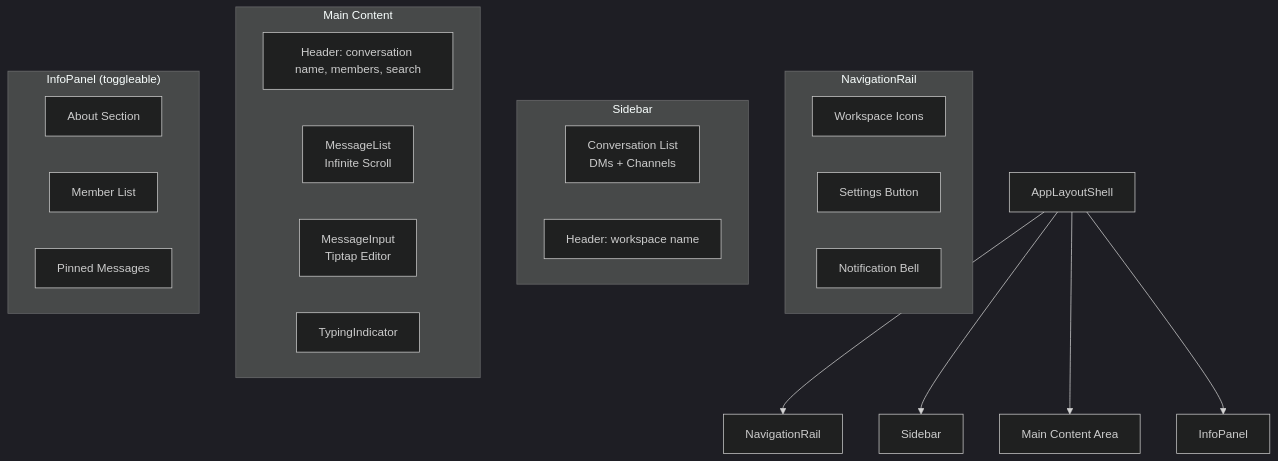
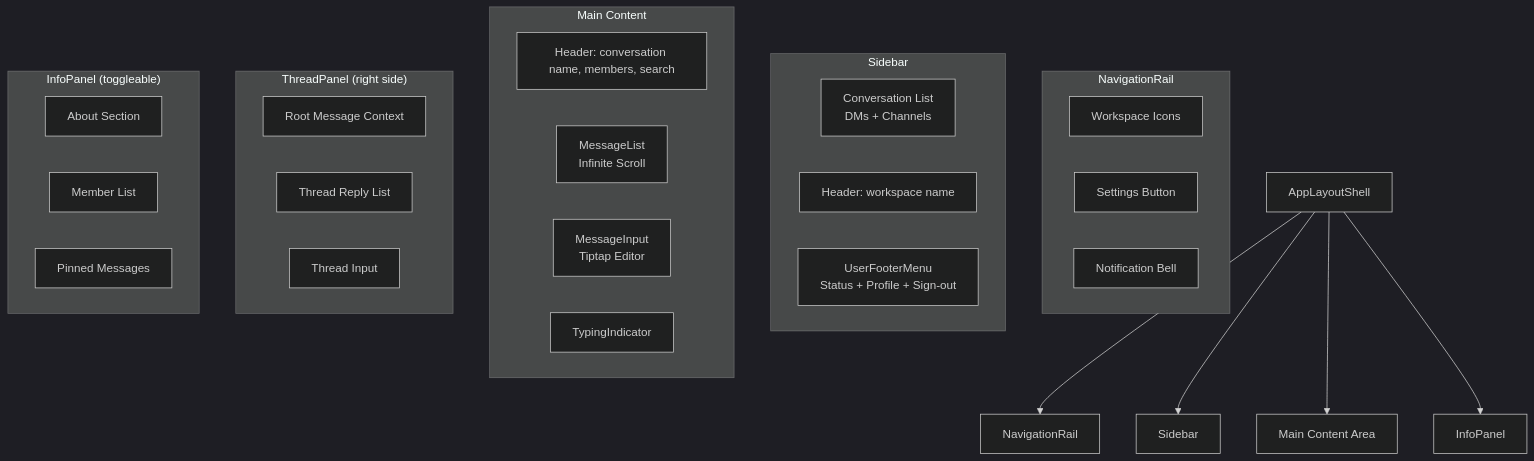
Before and after one commit to Kashyap-empiric/Nexus: the fourth of 6 diagrams in .docs/ARCHITECTURE.md, drawn with Mermaid (dark theme). The commit also changed other lines of this file and 11 other files, not shown here.

````diff
--- a/.docs/ARCHITECTURE.md
+++ b/.docs/ARCHITECTURE.md
@@ -192,31 +195,38 @@
 ```mermaid
 flowchart TB
     AS[AppLayoutShell] --> NR[NavigationRail]
     AS --> SB[Sidebar]
     AS --> MC[Main Content Area]
     AS --> IP[InfoPanel]
 
     subgraph NR_Content["NavigationRail"]
         NR_W[Workspace Icons]
         NR_S[Settings Button]
         NR_N[Notification Bell]
     end
 
     subgraph SB_Content["Sidebar"]
         SB_C[Conversation List<br/>DMs + Channels]
         SB_H[Header: workspace name]
+        SB_F[UserFooterMenu<br/>Status + Profile + Sign-out]
     end
 
     subgraph MC_Content["Main Content"]
         MC_H[Header: conversation name, members, search]
         MC_ML[MessageList<br/>Infinite Scroll]
         MC_MI[MessageInput<br/>Tiptap Editor]
         MC_TI[TypingIndicator]
     end
 
+    subgraph TH_Content["ThreadPanel (right side)"]
+        TH_R[Root Message Context]
+        TH_L[Thread Reply List]
+        TH_I[Thread Input]
+    end
+
     subgraph IP_Content["InfoPanel (toggleable)"]
         IP_A[About Section]
         IP_M[Member List]
         IP_P[Pinned Messages]
     end
 ```
````
